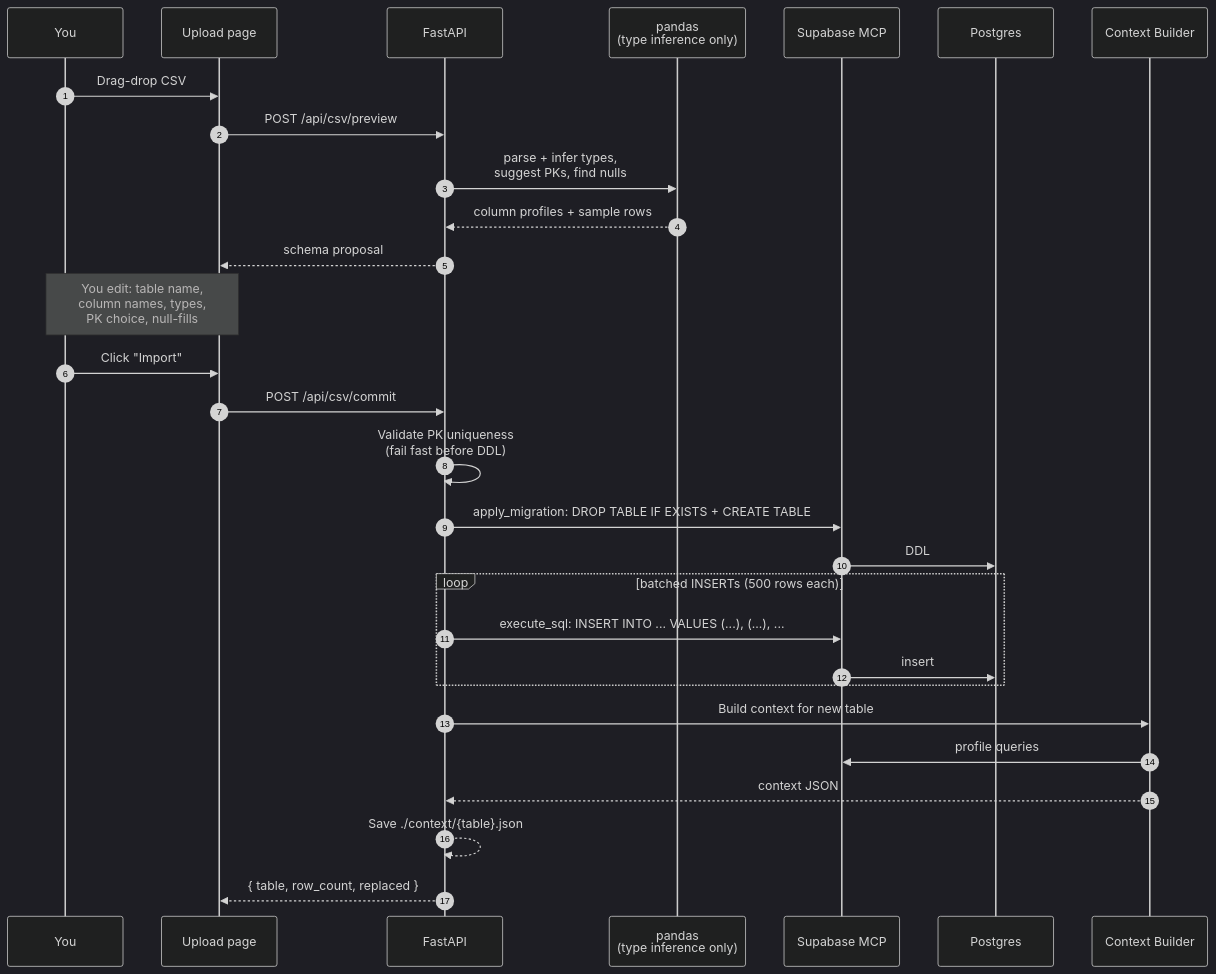
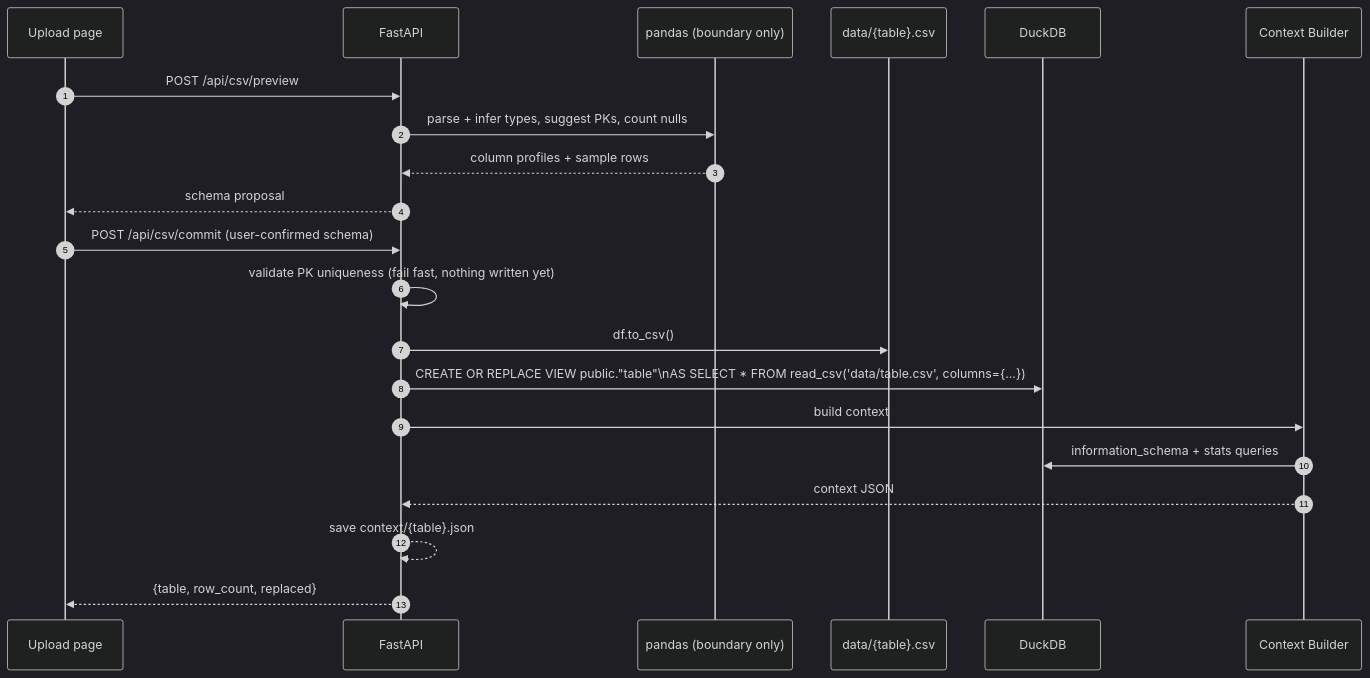
Before and after one commit to devangsharma-igna/csv-agent: the fifth of 5 diagrams in README.md, drawn with Mermaid (dark theme). The commit also changed other lines of this file and 19 other files, not shown here.

````diff
--- a/README.md
+++ b/README.md
@@ -254,32 +183,24 @@
 ```mermaid
 sequenceDiagram
     autonumber
-    participant U as You
     participant FE as Upload page
     participant BE as FastAPI
-    participant P as pandas<br/>(type inference only)
-    participant MCP as Supabase MCP
-    participant DB as Postgres
+    participant PD as pandas (boundary only)
+    participant FS as data/{table}.csv
+    participant DDB as DuckDB
     participant CB as Context Builder
 
-    U->>FE: Drag-drop CSV
     FE->>BE: POST /api/csv/preview
-    BE->>P: parse + infer types,<br/>suggest PKs, find nulls
-    P-->>BE: column profiles + sample rows
+    BE->>PD: parse + infer types, suggest PKs, count nulls
+    PD-->>BE: column profiles + sample rows
     BE-->>FE: schema proposal
-    Note over U,FE: You edit: table name,<br/>column names, types,<br/>PK choice, null-fills
-    U->>FE: Click "Import"
-    FE->>BE: POST /api/csv/commit
-    BE->>BE: Validate PK uniqueness<br/>(fail fast before DDL)
-    BE->>MCP: apply_migration: DROP TABLE IF EXISTS + CREATE TABLE
-    MCP->>DB: DDL
-    loop batched INSERTs (500 rows each)
-        BE->>MCP: execute_sql: INSERT INTO ... VALUES (...), (...), ...
-        MCP->>DB: insert
-    end
-    BE->>CB: Build context for new table
-    CB->>MCP: profile queries
+    FE->>BE: POST /api/csv/commit (user-confirmed schema)
+    BE->>BE: validate PK uniqueness (fail fast, nothing written yet)
+    BE->>FS: df.to_csv()
+    BE->>DDB: CREATE OR REPLACE VIEW public."table"\nAS SELECT * FROM read_csv('data/table.csv', columns={...})
+    BE->>CB: build context
+    CB->>DDB: information_schema + stats queries
     CB-->>BE: context JSON
-    BE-->>BE: Save ./context/{table}.json
-    BE-->>FE: { table, row_count, replaced }
+    BE-->>BE: save context/{table}.json
+    BE-->>FE: {table, row_count, replaced}
 ```
````
